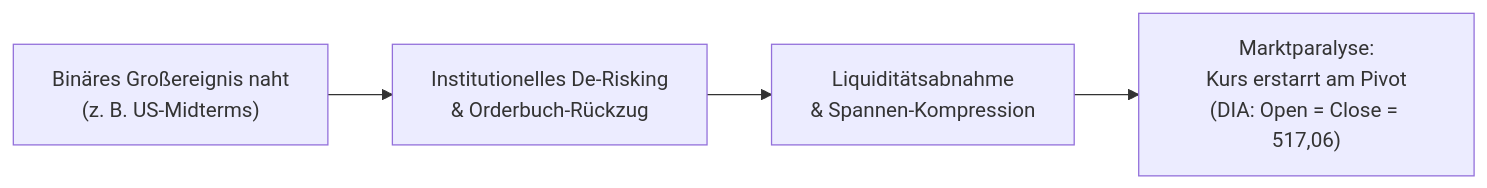
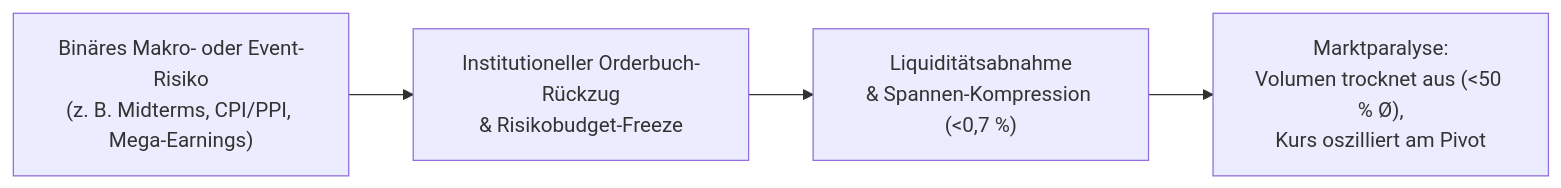
The diagram in okf-regeln/regel-pre-event-paralyse.md (rhigazi/newscheck), drawn with Mermaid before and after one commit. The commit also changed other lines of this file and 11 other files, not shown here.

````diff
--- a/okf-regeln/regel-pre-event-paralyse.md
+++ b/okf-regeln/regel-pre-event-paralyse.md
@@ -38,6 +43,6 @@
 ```mermaid
 flowchart LR
-    A["Binäres Großereignis naht\n(z. B. US-Midterms)"] --> B["Institutionelles De-Risking\n& Orderbuch-Rückzug"]
-    B --> C["Liquiditätsabnahme\n& Spannen-Kompression"]
-    C --> D["Marktparalyse:\nKurs erstarrt am Pivot\n(DIA: Open = Close = 517,06)"]
+    A["Binäres Makro- oder Event-Risiko\n(z. B. Midterms, CPI/PPI, Mega-Earnings)"] --> B["Institutioneller Orderbuch-Rückzug\n& Risikobudget-Freeze"]
+    B --> C["Liquiditätsabnahme\n& Spannen-Kompression (<0,7 %)"]
+    C --> D["Marktparalyse:\nVolumen trocknet aus (<50 % Ø),\nKurs oszilliert am Pivot"]
 ```
````
